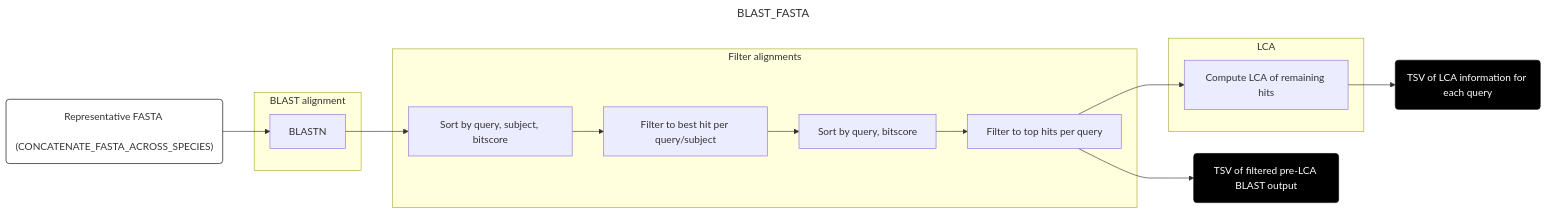
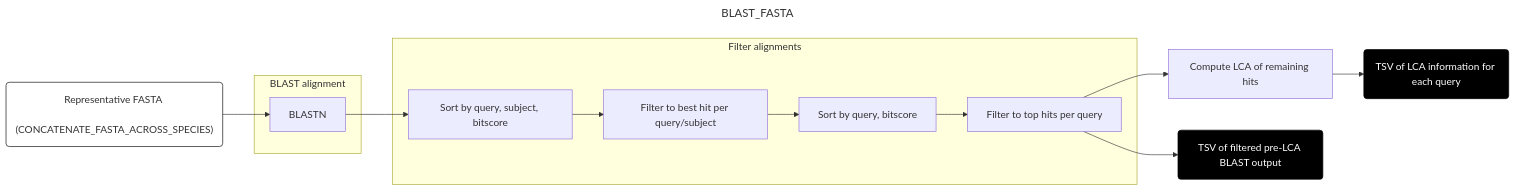
Before and after one commit to naobservatory/mgs-workflow: the ninth of 11 diagrams in docs/downstream.md, drawn with Mermaid. The commit also changed other lines of this file, not shown here.

````diff
--- a/docs/downstream.md
+++ b/docs/downstream.md
@@ -248,31 +263,28 @@
 ```mermaid
 ---
 title: BLAST_FASTA
 config:
   layout: horizontal
 ---
 flowchart LR
 A("Representative FASTA <br> (CONCATENATE_FASTA_ACROSS_SPECIES)") --> B[BLASTN]
 B --> C[Sort by query, subject, bitscore]
 C --> D[Filter to best hit per query/subject]
 D --> E[Sort by query, bitscore]
 E --> F[Filter to top hits per query]
 F --> G[Compute LCA of remaining hits]
 G --> H(TSV of LCA information for each query)
 F --> I(TSV of filtered pre-LCA BLAST output)
 subgraph "BLAST alignment"
 B
 end
 subgraph "Filter alignments"
 C
 D
 E
 F
 end
-subgraph "LCA"
-G
-end
 style A fill:#fff,stroke:#000
 style H fill:#000,color:#fff,stroke:#000
 style I fill:#000,color:#fff,stroke:#000
 ```
````
